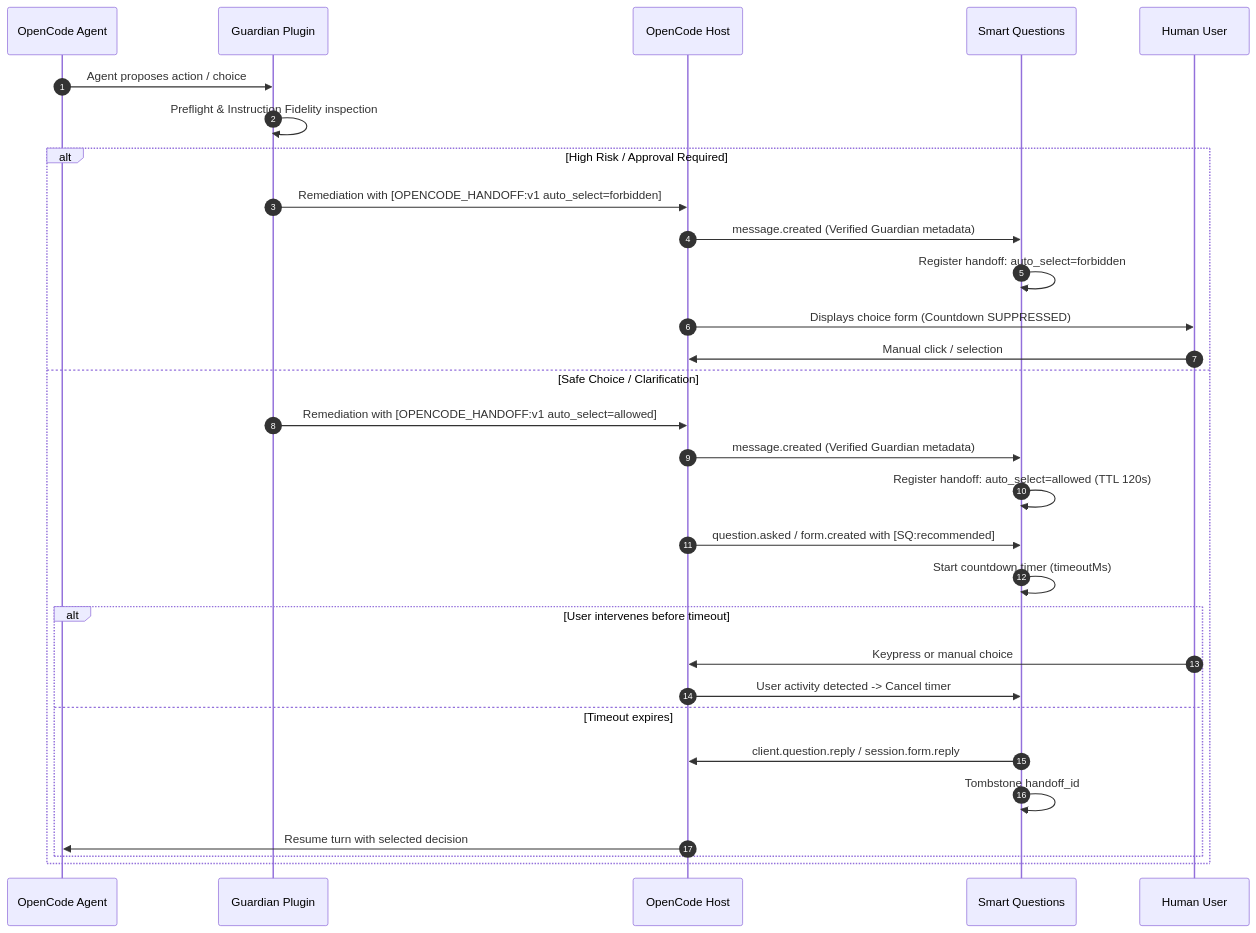
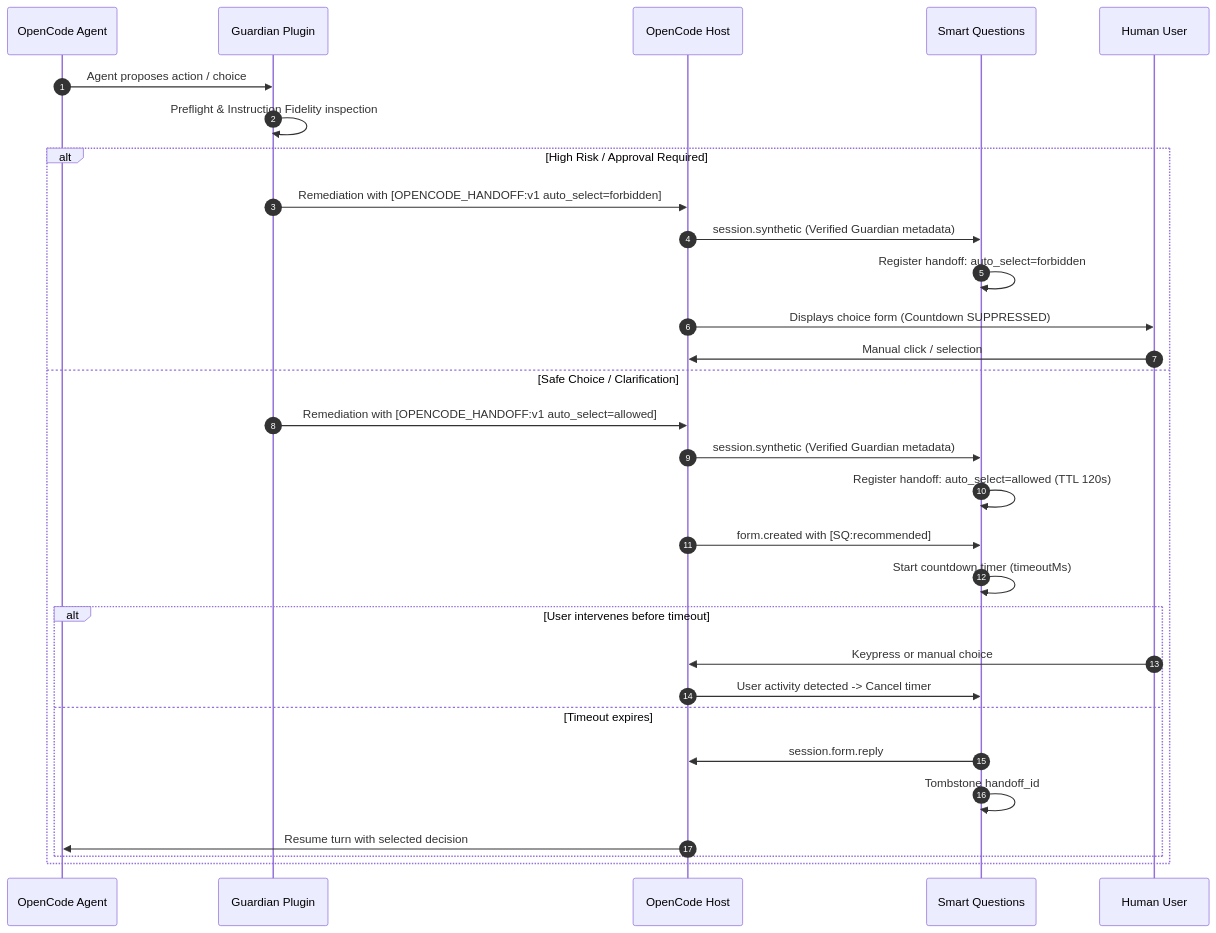
The second of 2 diagrams in docs/guardian-integration.md (huseyincig/opencode-smart-questions), drawn with Mermaid before and after one commit. The commit also changed other lines of this file and 51 other files, not shown here.

````diff
--- a/docs/guardian-integration.md
+++ b/docs/guardian-integration.md
@@ -70,33 +70,33 @@
 ```mermaid
 sequenceDiagram
     autonumber
     participant Agent as OpenCode Agent
     participant G as Guardian Plugin
     participant Host as OpenCode Host
     participant SQ as Smart Questions
     participant User as Human User
 
     Agent->>G: Agent proposes action / choice
     G->>G: Preflight & Instruction Fidelity inspection
     alt High Risk / Approval Required
         G->>Host: Remediation with [OPENCODE_HANDOFF:v1 auto_select=forbidden]
-        Host->>SQ: message.created (Verified Guardian metadata)
+        Host->>SQ: session.synthetic (Verified Guardian metadata)
         SQ->>SQ: Register handoff: auto_select=forbidden
         Host->>User: Displays choice form (Countdown SUPPRESSED)
         User->>Host: Manual click / selection
     else Safe Choice / Clarification
         G->>Host: Remediation with [OPENCODE_HANDOFF:v1 auto_select=allowed]
-        Host->>SQ: message.created (Verified Guardian metadata)
+        Host->>SQ: session.synthetic (Verified Guardian metadata)
         SQ->>SQ: Register handoff: auto_select=allowed (TTL 120s)
-        Host->>SQ: question.asked / form.created with [SQ:recommended]
+        Host->>SQ: form.created with [SQ:recommended]
         SQ->>SQ: Start countdown timer (timeoutMs)
         alt User intervenes before timeout
             User->>Host: Keypress or manual choice
             Host->>SQ: User activity detected -> Cancel timer
         else Timeout expires
-            SQ->>Host: client.question.reply / session.form.reply
+            SQ->>Host: session.form.reply
             SQ->>SQ: Tombstone handoff_id
             Host->>Agent: Resume turn with selected decision
         end
     end
 ```
````
